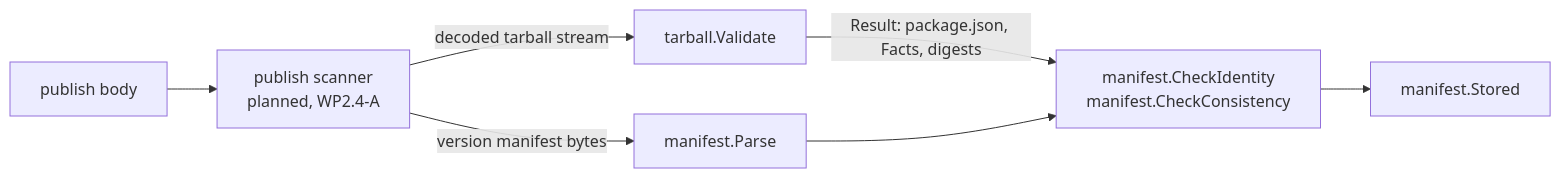
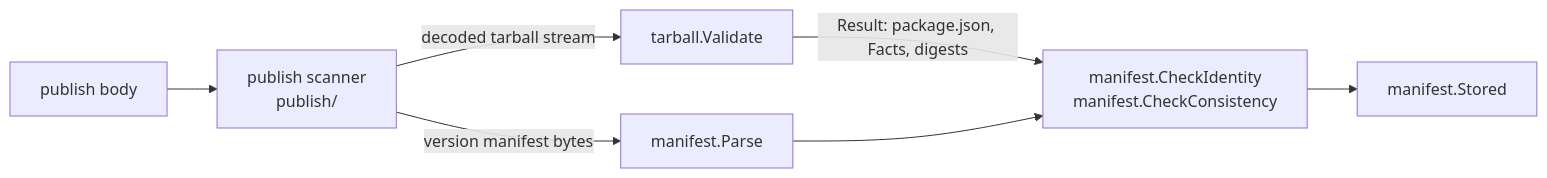
The second of 2 diagrams in docs/developer/npm.md (guided-traffic/trove), drawn with Mermaid before and after one commit. The commit also changed other lines of this file and 127 other files, not shown here.

````diff
--- a/docs/developer/npm.md
+++ b/docs/developer/npm.md
@@ -127,9 +255,9 @@
 ```mermaid
 flowchart LR
-    body[publish body] --> pub[publish scanner<br/>planned, WP2.4-A]
+    body[publish body] --> pub[publish scanner<br/>publish/]
     pub -->|decoded tarball stream| tb[tarball.Validate]
     pub -->|version manifest bytes| mp[manifest.Parse]
     tb -->|Result: package.json, Facts, digests| cmp
     mp --> cmp[manifest.CheckIdentity<br/>manifest.CheckConsistency]
     cmp --> st[manifest.Stored]
 ```
````
